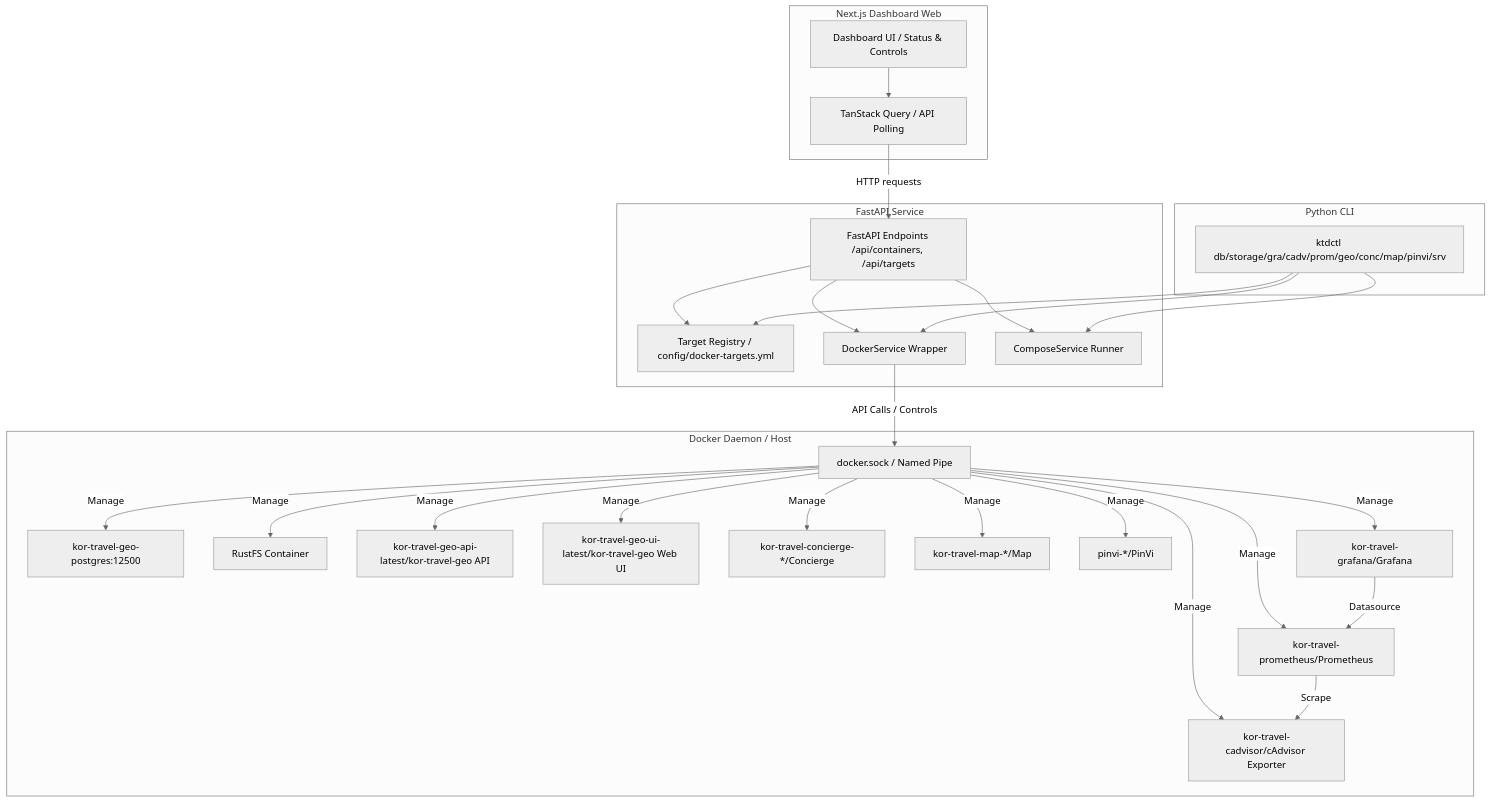
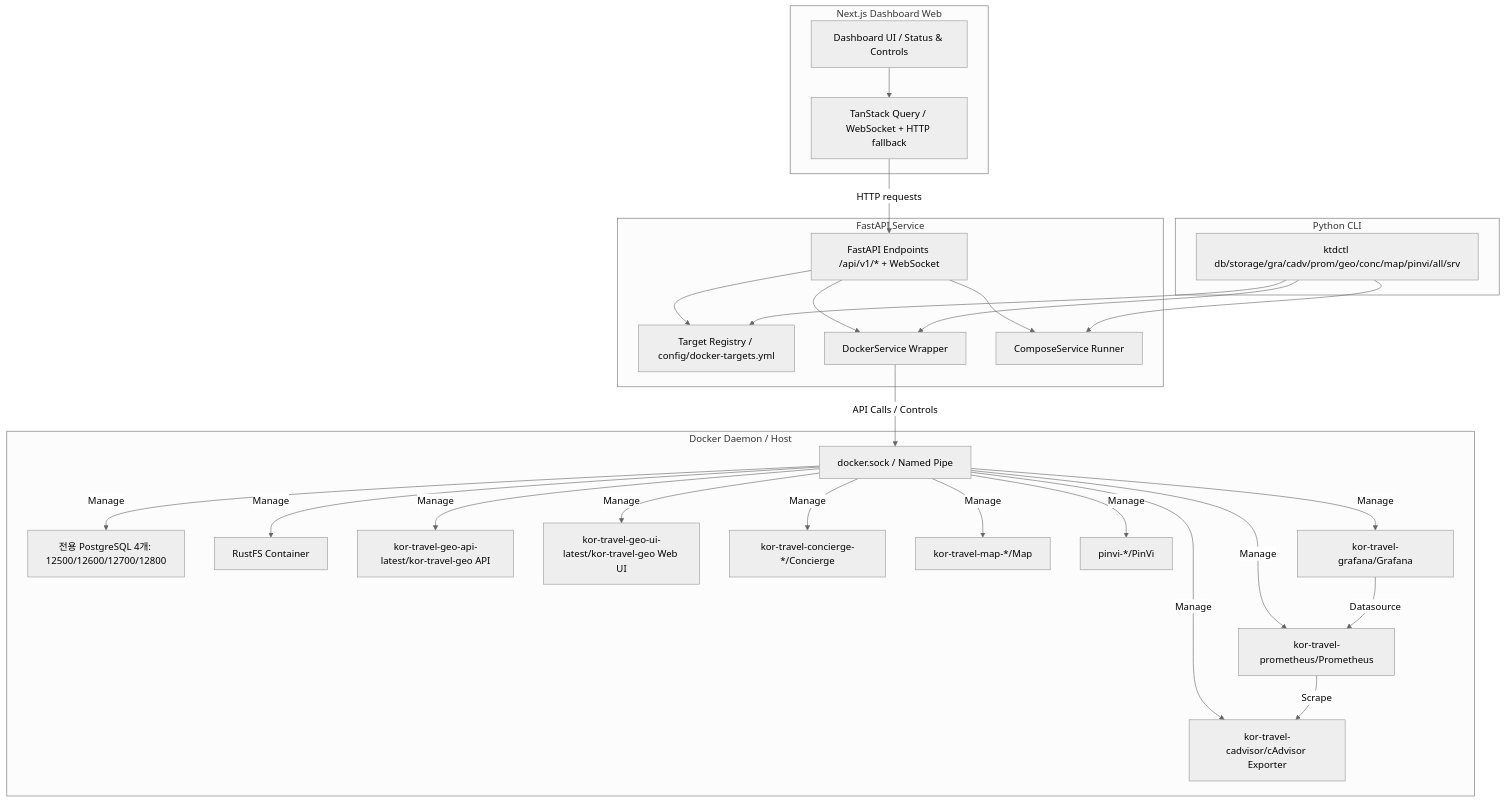
One commit to digitie/kor-travel-docker-manager changed the diagram in docs/architecture.md. Above: the diagram before and after it, drawn with Mermaid (neutral theme). The commit also changed other lines of this file and 20 other files, not shown here.

````diff
--- a/docs/architecture.md
+++ b/docs/architecture.md
@@ -11,55 +11,55 @@
 ```mermaid
 graph TD
     subgraph Frontend [Next.js Dashboard Web]
         UI[Dashboard UI / Status & Controls]
-        TQ[TanStack Query / API Polling]
+        TQ[TanStack Query / WebSocket + HTTP fallback]
         UI --> TQ
     end
 
     subgraph Backend [FastAPI Service]
-        API[FastAPI Endpoints /api/containers, /api/targets]
+        API[FastAPI Endpoints /api/v1/* + WebSocket]
         REG[Target Registry / config/docker-targets.yml]
         DS[DockerService Wrapper]
         CS[ComposeService Runner]
         API --> REG
         API --> DS
         API --> CS
     end
 
     subgraph CLI [Python CLI]
-        CLI_CMD[ktdctl db/storage/gra/cadv/prom/geo/conc/map/pinvi/srv]
+        CLI_CMD[ktdctl db/storage/gra/cadv/prom/geo/conc/map/pinvi/all/srv]
         CLI_CMD --> REG
         CLI_CMD --> DS
         CLI_CMD --> CS
     end
 
     subgraph Infrastructure [Docker Daemon / Host]
         D_Sock[docker.sock / Named Pipe]
-        C_PG[kor-travel-geo-postgres:12500]
+        C_PG[전용 PostgreSQL 4개: 12500/12600/12700/12800]
         C_RFS[RustFS Container]
         C_GEO_API[kor-travel-geo-api-latest/kor-travel-geo API]
         C_GEO_UI[kor-travel-geo-ui-latest/kor-travel-geo Web UI]
         C_CONC[kor-travel-concierge-*/Concierge]
         C_MAP[kor-travel-map-*/Map]
         C_PINVI[pinvi-*/PinVi]
         C_PROM[kor-travel-prometheus/Prometheus]
         C_GRAF[kor-travel-grafana/Grafana]
         C_EXP[kor-travel-cadvisor/cAdvisor Exporter]
         
         DS -->|API Calls / Controls| D_Sock
         D_Sock -->|Manage| C_PG
         D_Sock -->|Manage| C_RFS
         D_Sock -->|Manage| C_GEO_API
         D_Sock -->|Manage| C_GEO_UI
         D_Sock -->|Manage| C_CONC
         D_Sock -->|Manage| C_MAP
         D_Sock -->|Manage| C_PINVI
         D_Sock -->|Manage| C_PROM
         D_Sock -->|Manage| C_GRAF
         D_Sock -->|Manage| C_EXP
         C_PROM -->|Scrape| C_EXP
         C_GRAF -->|Datasource| C_PROM
     end
     
     TQ -->|HTTP requests| API
 ```
````
